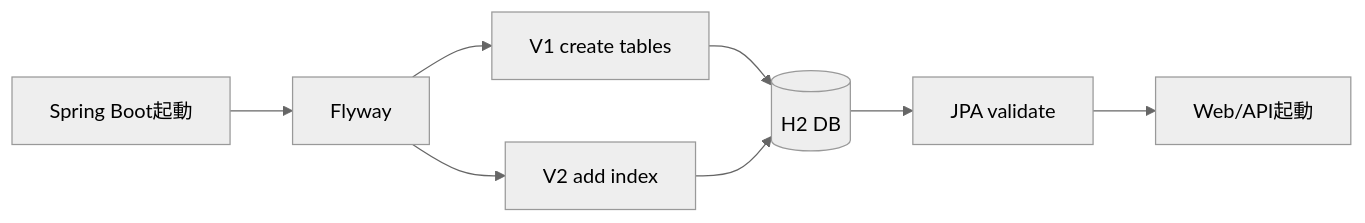
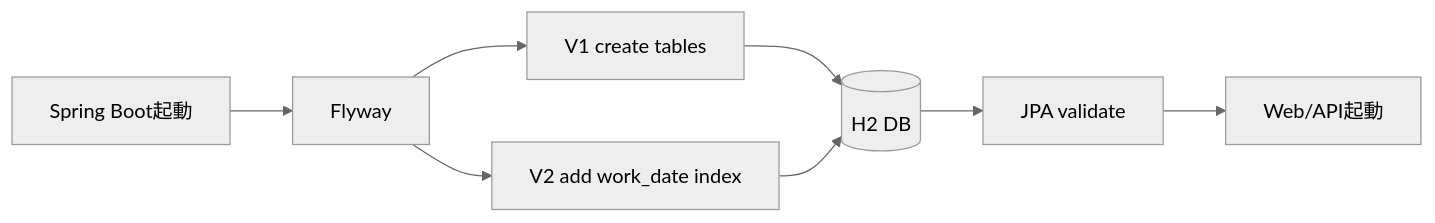
One commit to kiyomiya38/order-management-springboot changed the first of 3 diagrams in docs/curriculum/springboot/lesson09/lesson9.md. Above: the diagram before and after it, drawn with Mermaid (neutral theme). The commit also changed other lines of this file and 118 other files, not shown here.

````diff
--- a/docs/curriculum/springboot/lesson09/lesson9.md
+++ b/docs/curriculum/springboot/lesson09/lesson9.md
@@ -25,10 +25,10 @@
 ```mermaid
 flowchart LR
   APP[Spring Boot起動] --> FLY[Flyway]
   FLY --> V1[V1 create tables]
-  FLY --> V2[V2 add index]
+  FLY --> V2[V2 add work_date index]
   V1 --> DB[(H2 DB)]
   V2 --> DB
   DB --> JPA[JPA validate]
   JPA --> WEB[Web/API起動]
 ```
````
